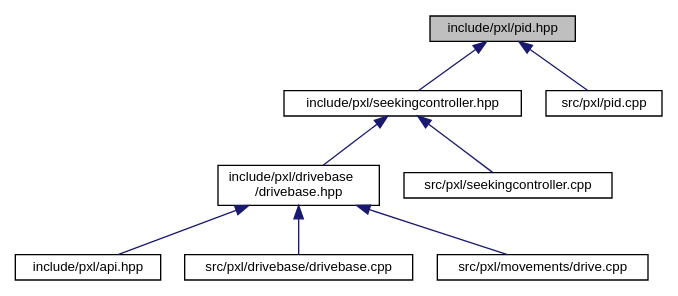
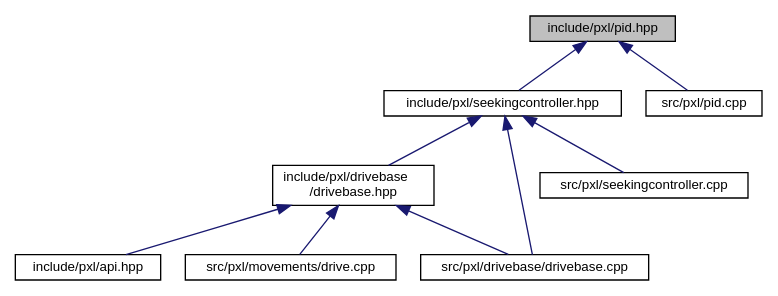
Before and after one commit to Pixel-Lib/Pixel: the diagram in pid_8hpp__dep__incl.dot, drawn with Graphviz. The commit also changed 212 other files, not shown here.

```diff
--- a/pid_8hpp__dep__incl.dot
+++ b/pid_8hpp__dep__incl.dot
@@ -1,21 +1,22 @@
 digraph "include/pxl/pid.hpp"
 {
  // LATEX_PDF_SIZE
   edge [fontname="Helvetica",fontsize="10",labelfontname="Helvetica",labelfontsize="10"];
   node [fontname="Helvetica",fontsize="10",shape=record];
   Node1 [label="include/pxl/pid.hpp",height=0.2,width=0.4,color="black", fillcolor="grey75", style="filled", fontcolor="black",tooltip=" "];
   Node1 -> Node2 [dir="back",color="midnightblue",fontsize="10",style="solid",fontname="Helvetica"];
   Node2 [label="include/pxl/seekingcontroller.hpp",height=0.2,width=0.4,color="black", fillcolor="white", style="filled",URL="$seekingcontroller_8hpp.html",tooltip=" "];
   Node2 -> Node3 [dir="back",color="midnightblue",fontsize="10",style="solid",fontname="Helvetica"];
   Node3 [label="include/pxl/drivebase\l/drivebase.hpp",height=0.2,width=0.4,color="black", fillcolor="white", style="filled",URL="$drivebase_8hpp.html",tooltip=" "];
   Node3 -> Node4 [dir="back",color="midnightblue",fontsize="10",style="solid",fontname="Helvetica"];
   Node4 [label="include/pxl/api.hpp",height=0.2,width=0.4,color="black", fillcolor="white", style="filled",URL="$api_8hpp.html",tooltip=" "];
   Node3 -> Node5 [dir="back",color="midnightblue",fontsize="10",style="solid",fontname="Helvetica"];
   Node5 [label="src/pxl/drivebase/drivebase.cpp",height=0.2,width=0.4,color="black", fillcolor="white", style="filled",URL="$drivebase_8cpp.html",tooltip=" "];
   Node3 -> Node6 [dir="back",color="midnightblue",fontsize="10",style="solid",fontname="Helvetica"];
   Node6 [label="src/pxl/movements/drive.cpp",height=0.2,width=0.4,color="black", fillcolor="white", style="filled",URL="$drive_8cpp.html",tooltip=" "];
+  Node2 -> Node5 [dir="back",color="midnightblue",fontsize="10",style="solid",fontname="Helvetica"];
   Node2 -> Node7 [dir="back",color="midnightblue",fontsize="10",style="solid",fontname="Helvetica"];
   Node7 [label="src/pxl/seekingcontroller.cpp",height=0.2,width=0.4,color="black", fillcolor="white", style="filled",URL="$seekingcontroller_8cpp.html",tooltip=" "];
   Node1 -> Node8 [dir="back",color="midnightblue",fontsize="10",style="solid",fontname="Helvetica"];
   Node8 [label="src/pxl/pid.cpp",height=0.2,width=0.4,color="black", fillcolor="white", style="filled",URL="$pid_8cpp.html",tooltip=" "];
 }
```
